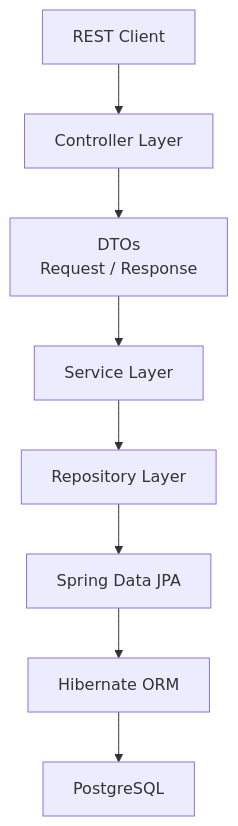
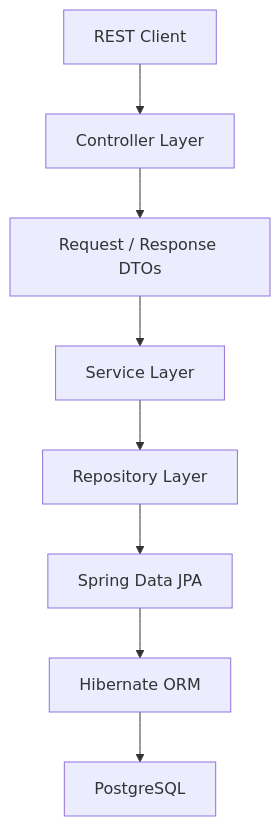
One commit to ayesha19765/ResolveHub changed the first of 2 diagrams in README.md. Above: the diagram before and after it, drawn with Mermaid. The commit also changed other lines of this file and 1 other file, not shown here.

`````diff
--- a/README.md
+++ b/README.md
@@ -38,10 +38,17 @@
 ```mermaid
 flowchart TD
+
     Client["REST Client"] --> Controller["Controller Layer"]
-    Controller --> DTO["DTOs<br/>Request / Response"]
+
+    Controller --> DTO["Request / Response DTOs"]
+
     DTO --> Service["Service Layer"]
+
     Service --> Repository["Repository Layer"]
+
     Repository --> JPA["Spring Data JPA"]
+
     JPA --> Hibernate["Hibernate ORM"]
+
     Hibernate --> PostgreSQL["PostgreSQL"]
-````
+```
`````
